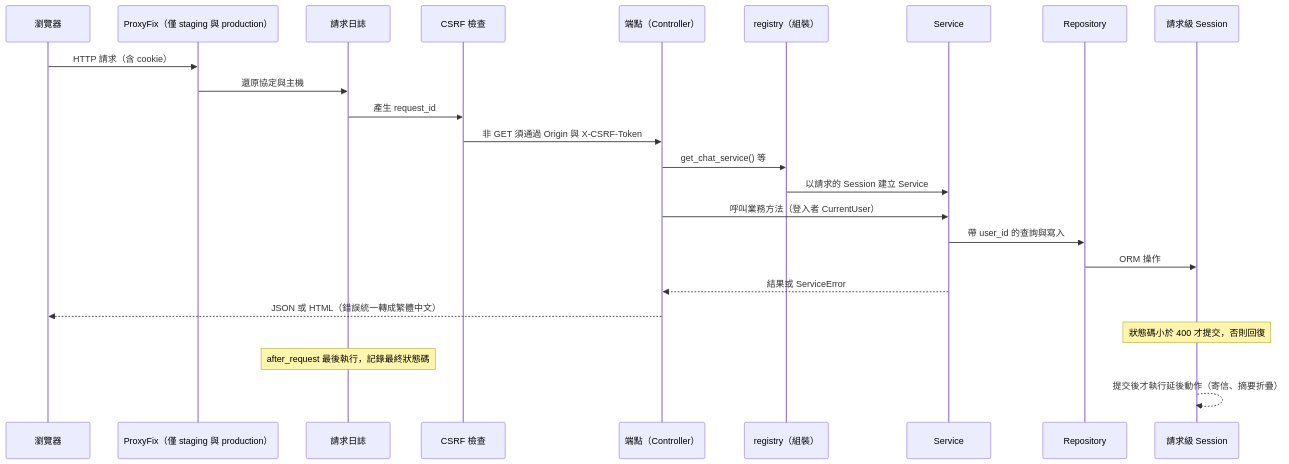
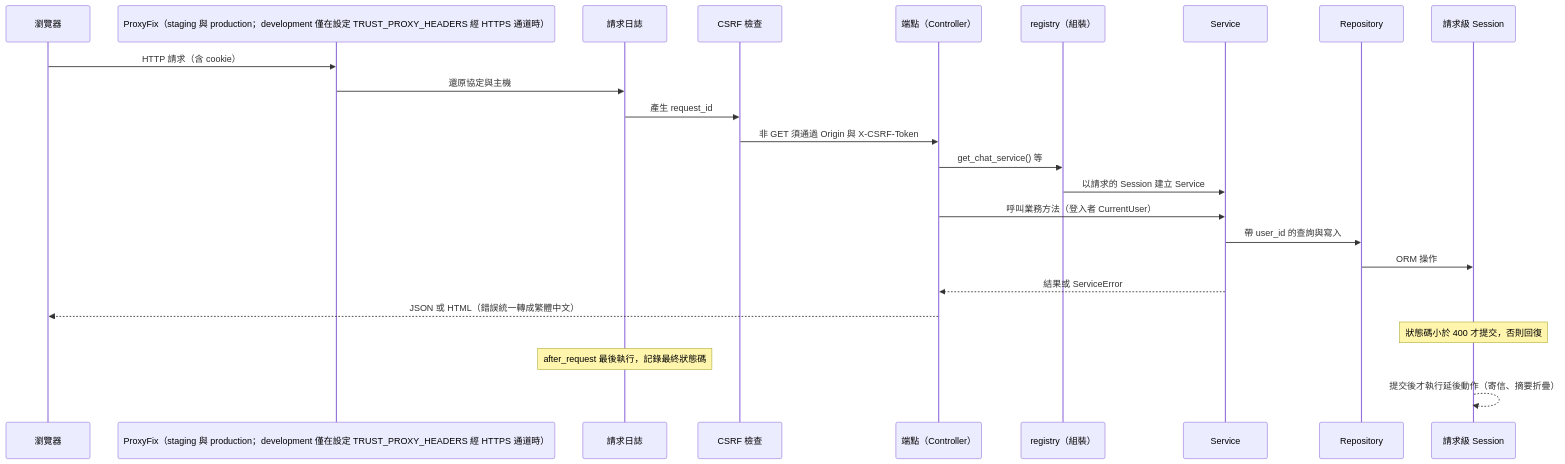
One commit to pp466pp466/R.A.C changed the third of 4 diagrams in docs/系統架構-architecture.md. Above: the diagram before and after it, drawn with Mermaid. The commit also changed 33 other files, not shown here.

````diff
--- a/docs/系統架構-architecture.md
+++ b/docs/系統架構-architecture.md
@@ -110,27 +110,27 @@
 ```mermaid
 sequenceDiagram
     participant C as 瀏覽器
-    participant P as ProxyFix（僅 staging 與 production）
+    participant P as ProxyFix（staging 與 production；development 僅在設定 TRUST_PROXY_HEADERS 經 HTTPS 通道時）
     participant L as 請求日誌
     participant G as CSRF 檢查
     participant E as 端點（Controller）
     participant R as registry（組裝）
     participant S as Service
     participant Q as Repository
     participant D as 請求級 Session
 
     C->>P: HTTP 請求（含 cookie）
     P->>L: 還原協定與主機
     L->>G: 產生 request_id
     G->>E: 非 GET 須通過 Origin 與 X-CSRF-Token
     E->>R: get_chat_service() 等
     R->>S: 以請求的 Session 建立 Service
     E->>S: 呼叫業務方法（登入者 CurrentUser）
     S->>Q: 帶 user_id 的查詢與寫入
     Q->>D: ORM 操作
     S-->>E: 結果或 ServiceError
     E-->>C: JSON 或 HTML（錯誤統一轉成繁體中文）
     Note over D: 狀態碼小於 400 才提交，否則回復
     Note over L: after_request 最後執行，記錄最終狀態碼
     D-->>D: 提交後才執行延後動作（寄信、摘要折疊）
 ```
````
